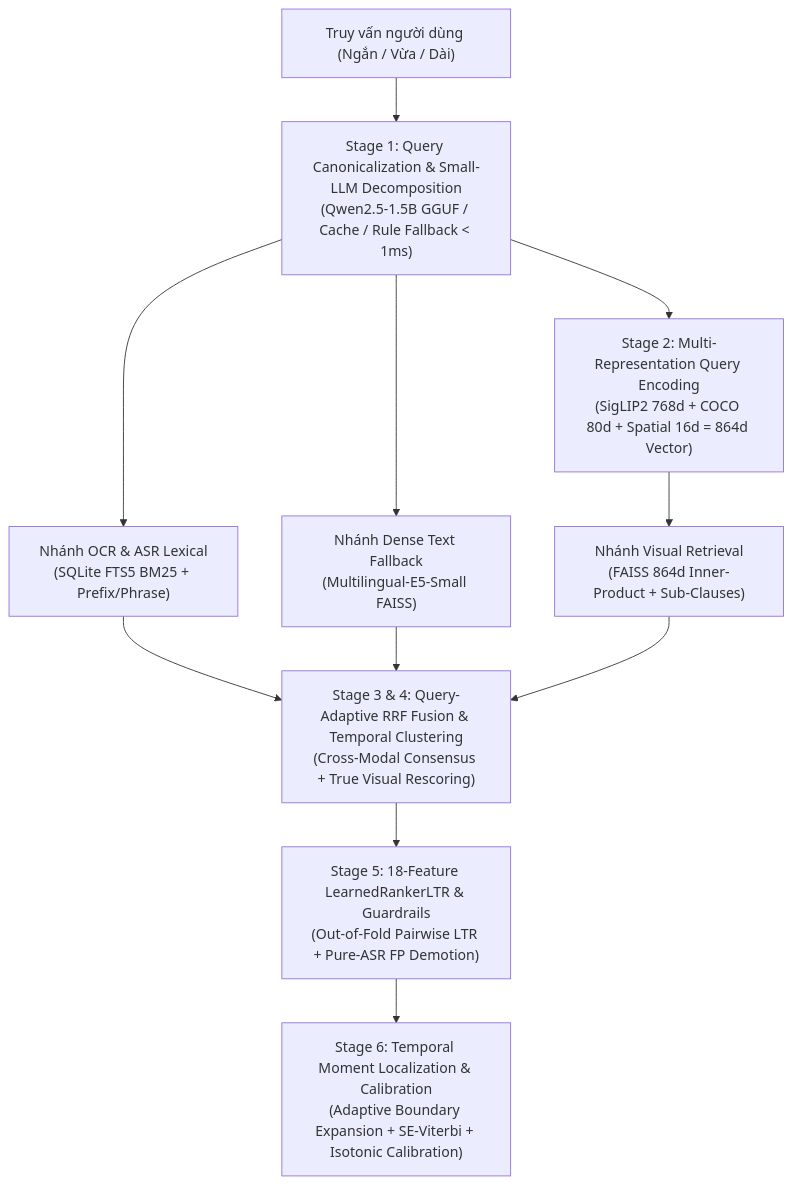
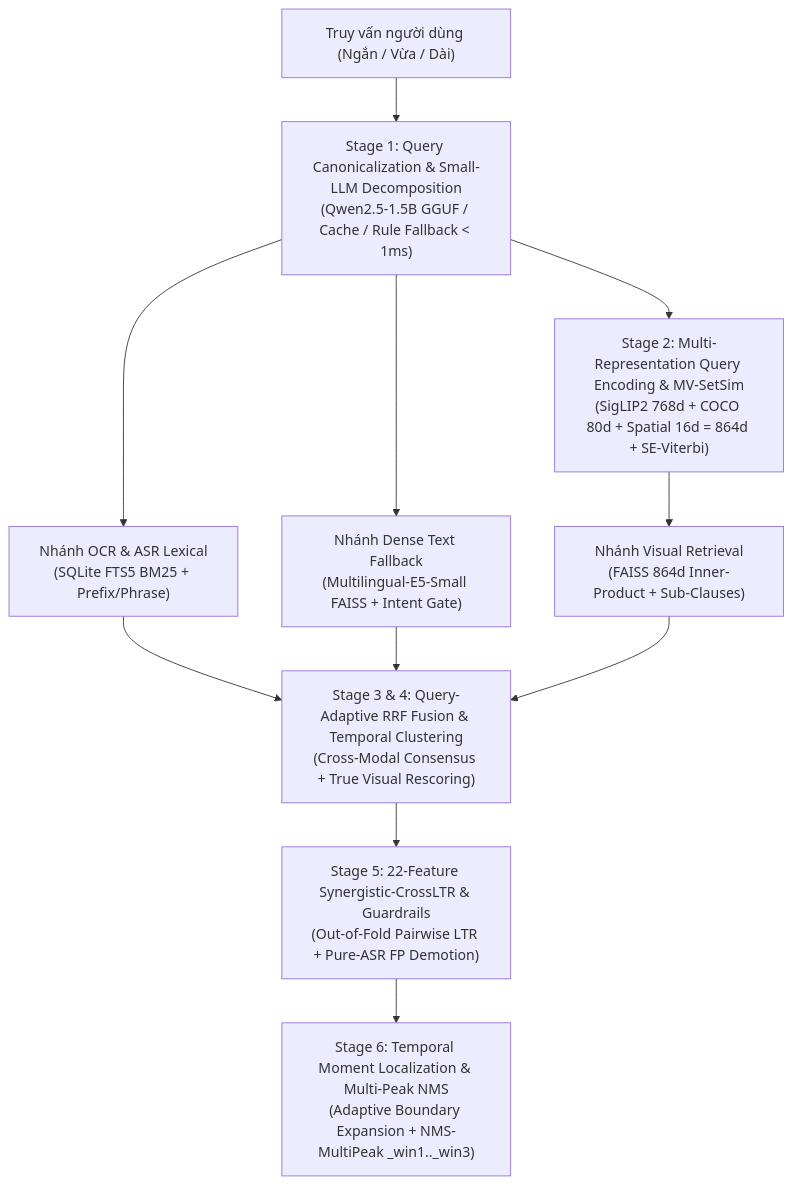
Before and after one commit to LongLeVuHuy/VIDENTRA: the diagram in README.md, drawn with Mermaid. The commit also changed other lines of this file and 2 other files, not shown here.

````diff
--- a/README.md
+++ b/README.md
@@ -31,11 +31,11 @@
 ```mermaid
 flowchart TD
     Q["Truy vấn người dùng (Ngắn / Vừa / Dài)"] --> S1["Stage 1: Query Canonicalization & Small-LLM Decomposition<br/>(Qwen2.5-1.5B GGUF / Cache / Rule Fallback < 1ms)"]
-    S1 --> S2["Stage 2: Multi-Representation Query Encoding<br/>(SigLIP2 768d + COCO 80d + Spatial 16d = 864d Vector)"]
+    S1 --> S2["Stage 2: Multi-Representation Query Encoding & MV-SetSim<br/>(SigLIP2 768d + COCO 80d + Spatial 16d = 864d + SE-Viterbi)"]
     S1 --> S3A["Nhánh OCR & ASR Lexical<br/>(SQLite FTS5 BM25 + Prefix/Phrase)"]
-    S1 --> S3B["Nhánh Dense Text Fallback<br/>(Multilingual-E5-Small FAISS)"]
+    S1 --> S3B["Nhánh Dense Text Fallback<br/>(Multilingual-E5-Small FAISS + Intent Gate)"]
     S2 --> S3C["Nhánh Visual Retrieval<br/>(FAISS 864d Inner-Product + Sub-Clauses)"]
     S3A & S3B & S3C --> S4["Stage 3 & 4: Query-Adaptive RRF Fusion & Temporal Clustering<br/>(Cross-Modal Consensus + True Visual Rescoring)"]
-    S4 --> S5["Stage 5: 18-Feature LearnedRankerLTR & Guardrails<br/>(Out-of-Fold Pairwise LTR + Pure-ASR FP Demotion)"]
-    S5 --> S6["Stage 6: Temporal Moment Localization & Calibration<br/>(Adaptive Boundary Expansion + SE-Viterbi + Isotonic Calibration)"]
+    S4 --> S5["Stage 5: 22-Feature Synergistic-CrossLTR & Guardrails<br/>(Out-of-Fold Pairwise LTR + Pure-ASR FP Demotion)"]
+    S5 --> S6["Stage 6: Temporal Moment Localization & Multi-Peak NMS<br/>(Adaptive Boundary Expansion + NMS-MultiPeak _win1.._win3)"]
 ```
````
